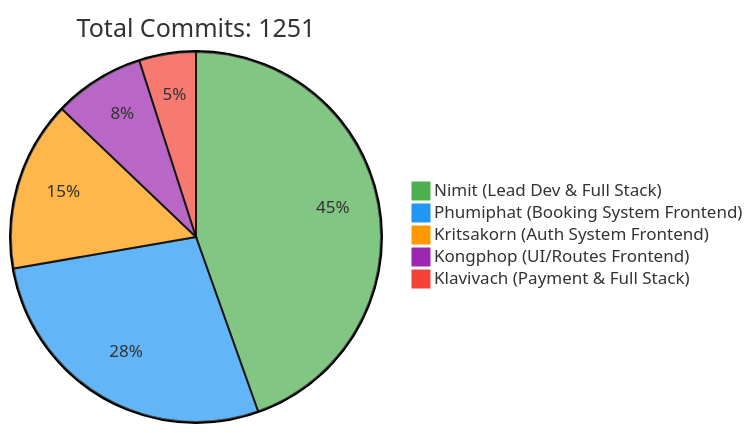
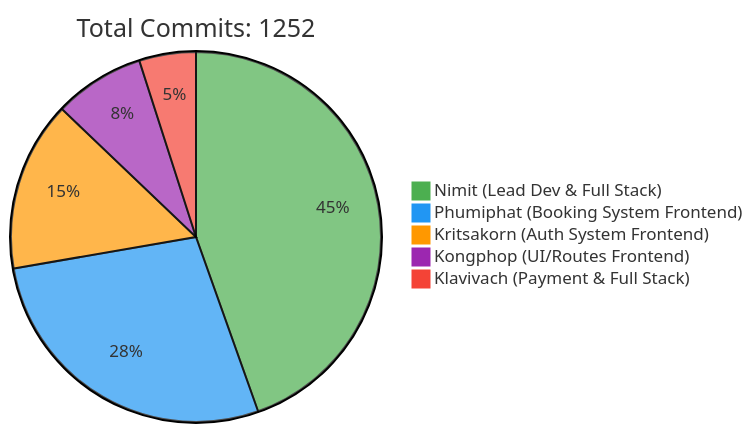
One commit to 6531503042/Sport-Complex changed the first of 2 diagrams in README.md. Above: the diagram before and after it, drawn with Mermaid. The commit also changed other lines of this file, not shown here.

Commit message:
docs: Update contributor statistics [skip ci]

````diff
--- a/README.md
+++ b/README.md
@@ -257,10 +257,10 @@
 ```mermaid
 %%{init: {'theme': 'base', 'themeVariables': { 'pie1': '#4CAF50', 'pie2': '#2196F3', 'pie3': '#FF9800', 'pie4': '#9C27B0', 'pie5': '#F44336'}}}%%
 pie
-    title Total Commits: 1251
+    title Total Commits: 1252
     "Nimit (Lead Dev & Full Stack)" : 450
     "Phumiphat (Booking System Frontend)" : 280
     "Kritsakorn (Auth System Frontend)" : 150
     "Kongphop (UI/Routes Frontend)" : 80
     "Klavivach (Payment & Full Stack)" : 50
 ```
````
